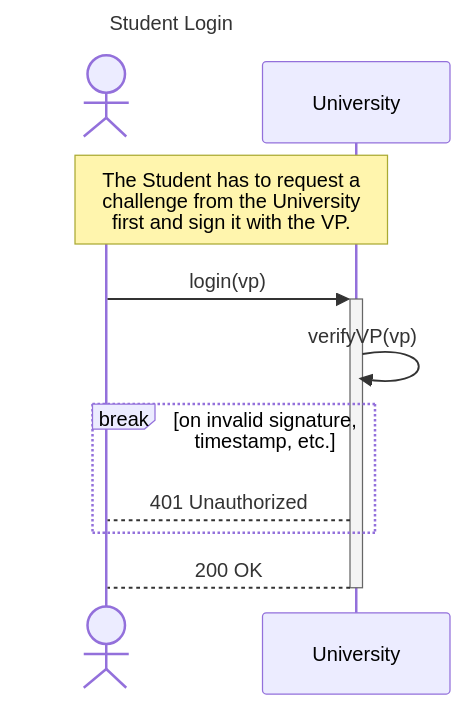
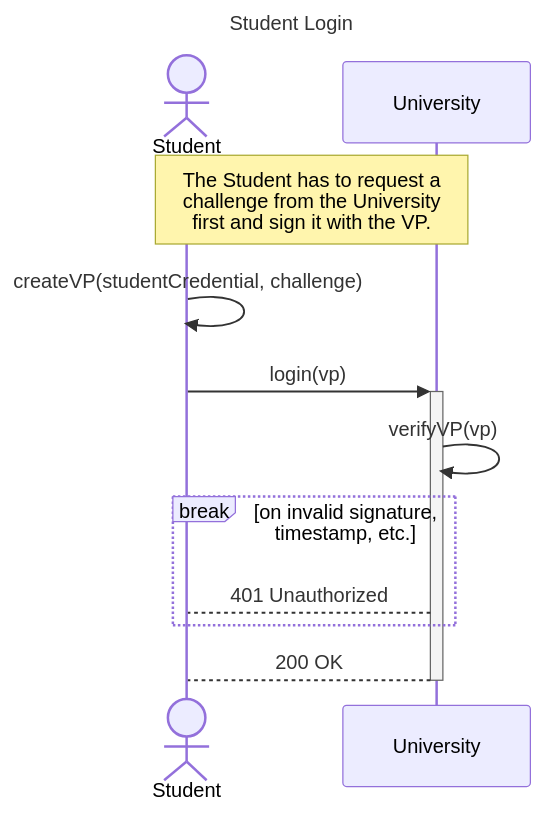
Before and after one commit to kkmarv/IOTA-Digital-Student-ID: the second of 2 diagrams in university/README.md, drawn with Mermaid. The commit also changed other lines of this file and 2 other files, not shown here.

````diff
--- a/university/README.md
+++ b/university/README.md
@@ -69,16 +69,17 @@
 ```mermaid
 ---
 title: Student Login
 ---
 sequenceDiagram
-    actor S as 
+    actor S as Student
     participant U as University
 
     Note over S, U: The Student has to request a <br> challenge from the University <br> first and sign it with the VP.
+    S->>S: createVP(studentCredential, challenge)
     S->>+U: login(vp)
     U->>U: verifyVP(vp)
     break on invalid signature, timestamp, etc.
         U-->S: 401 Unauthorized
     end
     U-->-S: 200 OK
 ```
````
